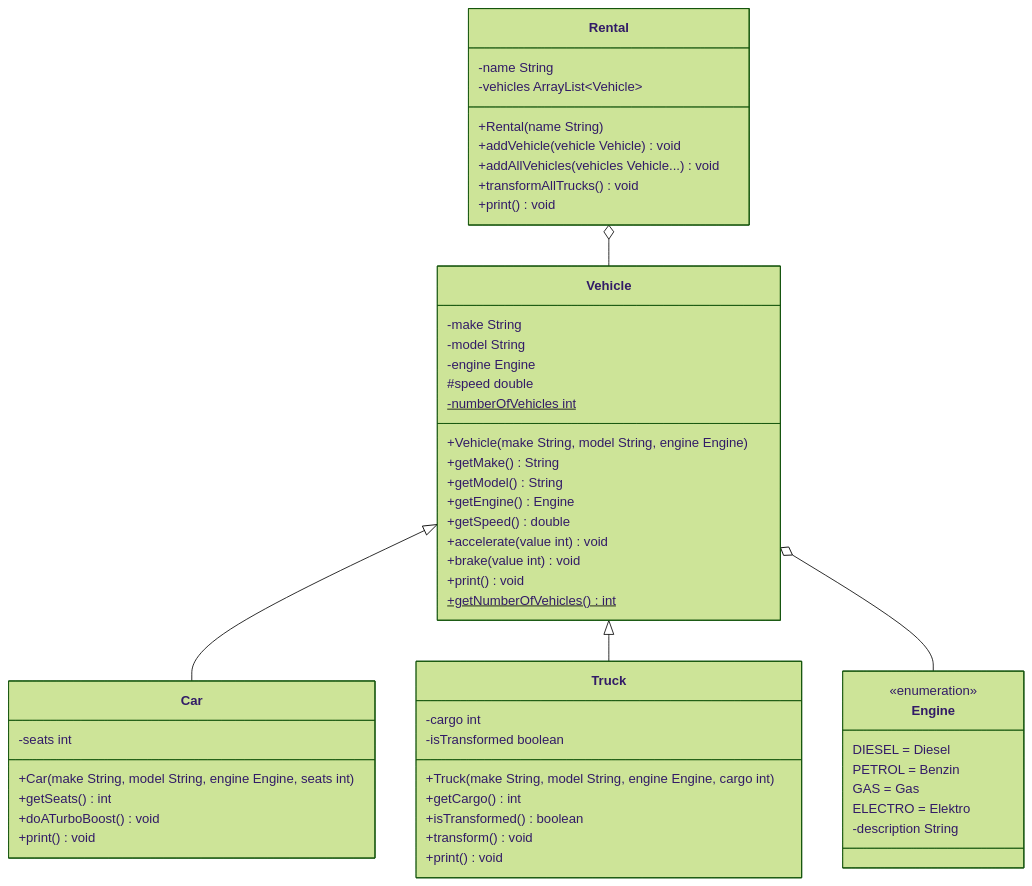
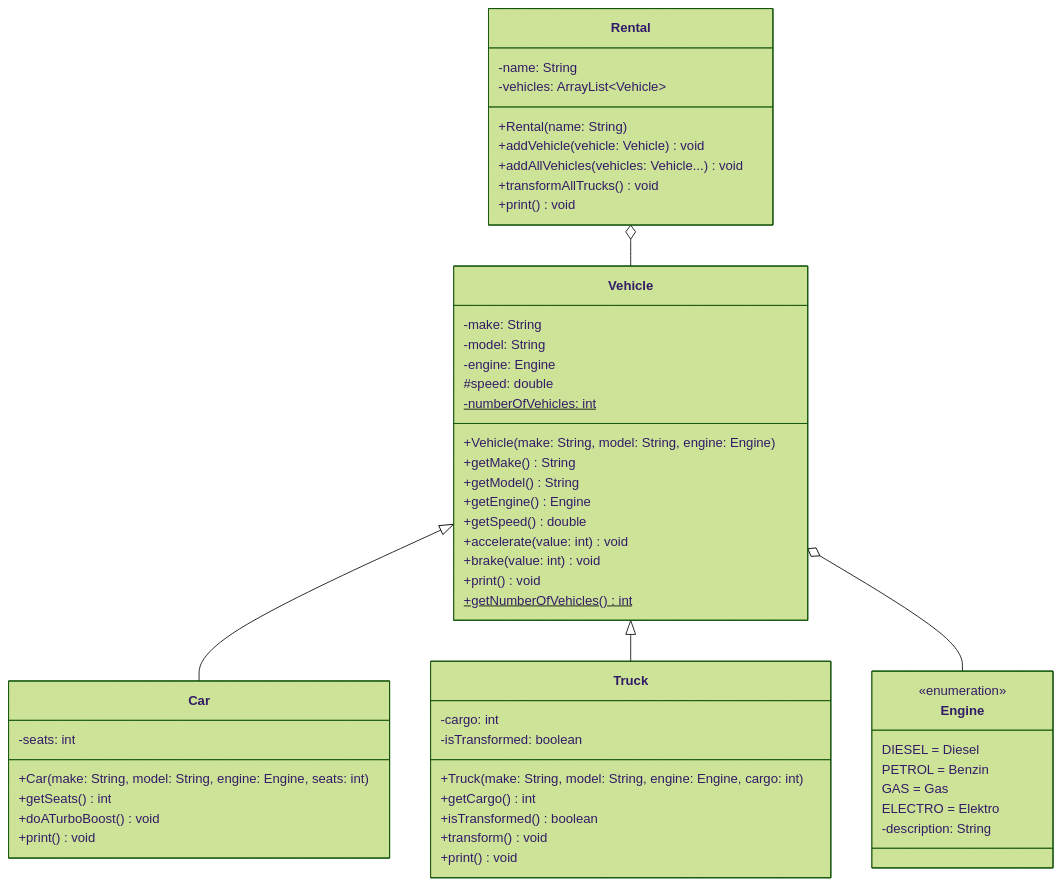
Before and after one commit to jappuccini/java-docs: the diagram in docs/exercises/polymorphy/polymorphy03.mdx, drawn with Mermaid (forest theme). The commit also changed other lines of this file and 76 other files, not shown here.

Commit message:
uml fixes (colons, properties), headline fixes (italic) and exam result updates

````diff
--- a/docs/exercises/polymorphy/polymorphy03.mdx
+++ b/docs/exercises/polymorphy/polymorphy03.mdx
@@ -15,61 +15,61 @@
 ```mermaid
 classDiagram
     Vehicle <|-- Car
     Vehicle <|-- Truck
     Vehicle o-- Engine
     Rental o-- Vehicle
 
     class Vehicle {
-        -make String
-        -model String
-        -engine Engine
-        #speed double
-        -numberOfVehicles int$
-        +Vehicle(make String, model String, engine Engine)
+        -make: String
+        -model: String
+        -engine: Engine
+        #speed: double
+        -numberOfVehicles: int$
+        +Vehicle(make: String, model: String, engine: Engine)
         +getMake() String
         +getModel() String
         +getEngine() Engine
         +getSpeed() double
-        +accelerate(value int) void
-        +brake(value int) void
+        +accelerate(value: int) void
+        +brake(value: int) void
         +print() void
         +getNumberOfVehicles()$ int
     }
 
     class Engine {
         <<enumeration>>
         DIESEL = Diesel
         PETROL = Benzin
         GAS = Gas
         ELECTRO = Elektro
-        -description String
+        -description: String
     }
 
     class Car {
-        -seats int
-        +Car(make String, model String, engine Engine, seats int)
+        -seats: int
+        +Car(make: String, model: String, engine: Engine, seats: int)
         +getSeats() int
         +doATurboBoost() void
         +print() void
     }
 
     class Truck {
-        -cargo int
-        -isTransformed boolean
-        +Truck(make String, model String, engine Engine, cargo int)
+        -cargo: int
+        -isTransformed: boolean
+        +Truck(make: String, model: String, engine: Engine, cargo: int)
         +getCargo() int
         +isTransformed() boolean
         +transform() void
         +print() void
     }
 
     class Rental {
-        -name String
-        -vehicles ArrayList~Vehicle~
-        +Rental(name String)
-        +addVehicle(vehicle Vehicle) void
-        +addAllVehicles(vehicles Vehicle...) void
+        -name: String
+        -vehicles: ArrayList~Vehicle~
+        +Rental(name: String)
+        +addVehicle(vehicle: Vehicle) void
+        +addAllVehicles(vehicles: Vehicle...) void
         +transformAllTrucks() void
         +print() void
     }
 ```
````
